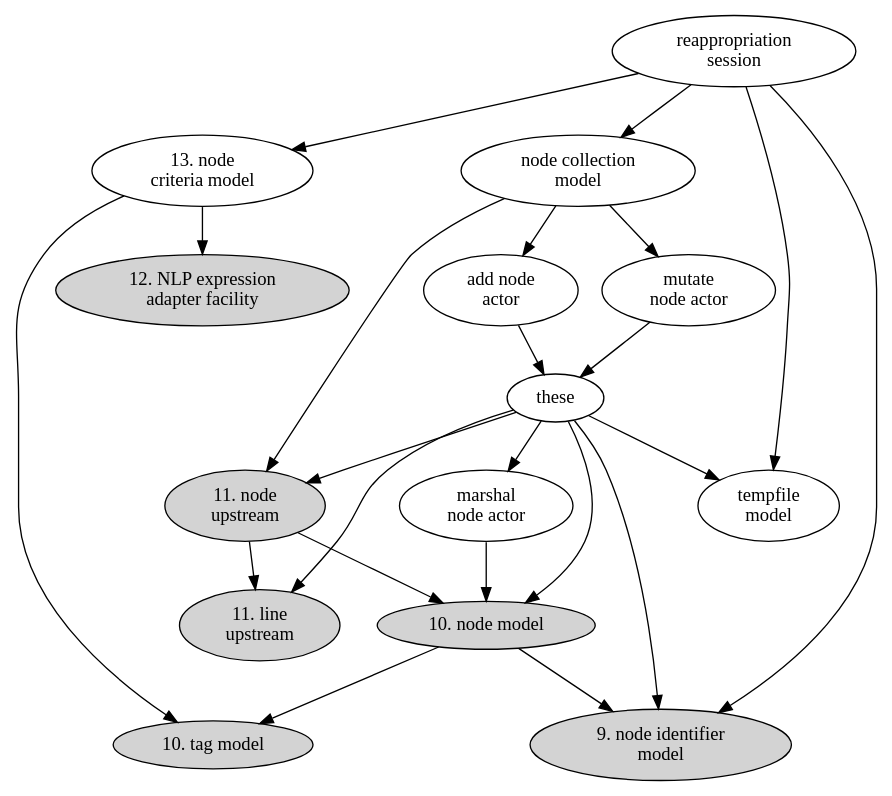
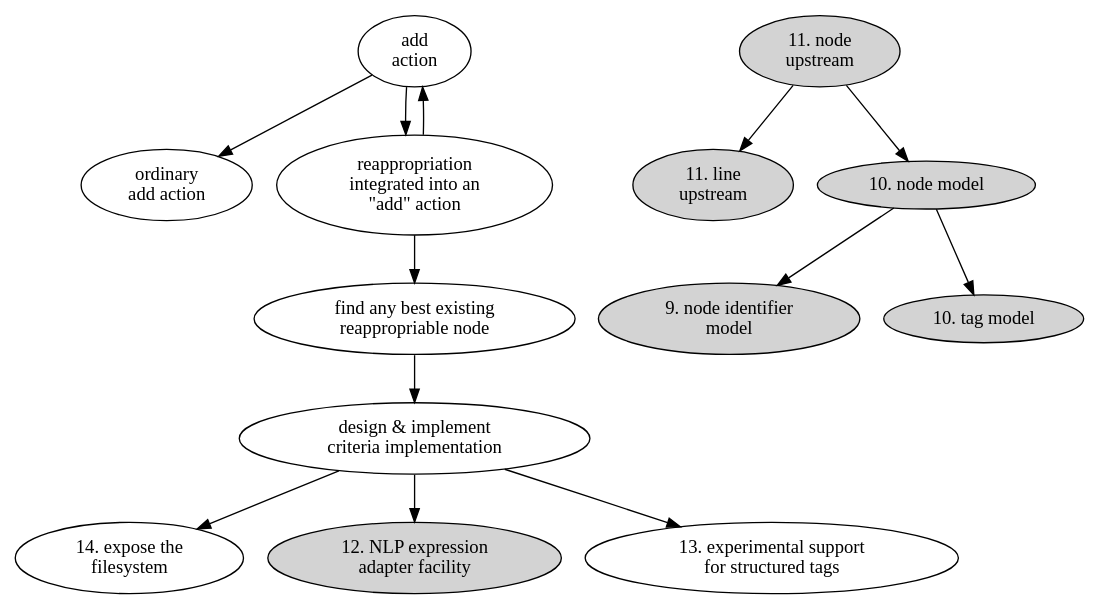
Before and after one commit to hipe/tmx: the diagram in lib/skylab/snag/doc/issues/038/component-digraph.dot, drawn with Graphviz. The commit also changed 17 other files, not shown here.

```diff
--- a/lib/skylab/snag/doc/issues/038/component-digraph.dot
+++ b/lib/skylab/snag/doc/issues/038/component-digraph.dot
@@ -1,66 +1,33 @@
 digraph {
 
-  add_node_actor [label="add node\nactor"]
-  criteria_model [label="13. node\ncriteria model"]
+  aa [label="add\naction" ]
+  de [label="design & implement\ncriteria implementation"]
+  FS [label="14. expose the\nfilesystem"]
   line_upstream [label="11. line\nupstream" style=filled]
-  marshal_node_actor [label="marshal\nnode actor"]
-  mutate_node_actor [label="mutate\nnode actor"]
   NLP_experiment [label="12. NLP expression\nadapter facility" style=filled]
-  node_collection_model [label="node collection\nmodel"]
   node_identifier_model [label="9. node identifier\nmodel" style=filled]
   node_model [label="10. node model" style=filled]
   node_upstream [label="11. node\nupstream" style=filled]
-  reappropriation_session [label="reappropriation\nsession"]
+  oaa [label="ordinary\nadd action"]
+  rea [label="reappropriation\nintegrated into an\n\"add\" action" ]
+  rea_actor [label="find any best existing\nreappropriable node" ]
+  stru [label="13. experimental support\nfor structured tags"]
   tag_model [label="10. tag model" style=filled]
-  tempfile_model [label="tempfile\nmodel"]
 
+  aa->rea
+  rea->aa
+  aa->oaa
+  rea->rea_actor
 
-  reappropriation_session -> node_collection_model
+  rea_actor->de
+  de->NLP_experiment
+  de->FS
+  de->stru
 
-  node_collection_model -> node_upstream
   node_upstream -> line_upstream
   node_upstream -> node_model
 
-  reappropriation_session -> criteria_model
-  reappropriation_session -> node_identifier_model
-  reappropriation_session -> tempfile_model
-
-  criteria_model -> tag_model
-  criteria_model -> NLP_experiment
-
-  node_collection_model -> mutate_node_actor
-  node_collection_model -> add_node_actor
-
-  mutate_node_actor -> these
-  add_node_actor -> these
-
-  these -> node_identifier_model
-  these -> line_upstream
-  these -> marshal_node_actor
-  these -> node_upstream
-  these -> node_model
-  these -> tempfile_model
-
   node_model -> node_identifier_model
   node_model -> tag_model
-  marshal_node_actor -> node_model
-
-/*
-([sg] G.U CLI 1/3 [po] 1/2 [sg] 1/N deletes)
-([sg]   /N renames)
-([sg]   /N wippify all tests except "loads"
-([sg]   /N API ping spec
-([sg]   /N CLI integration (top)
-([sg]   /N date spec
-([sg]  7/N todo spec
-([sg]  8/N todo's stream (back)
-([sg]  9/N todo's stream (front)
-[ .. the above graph data .. ]
-([sg]   /N universal stream visual test
-([sg]   /N todo melt
-([sg]   /N digraph spec (make one)
-([sg]   /N find all
-*/
-
 
 }
```
